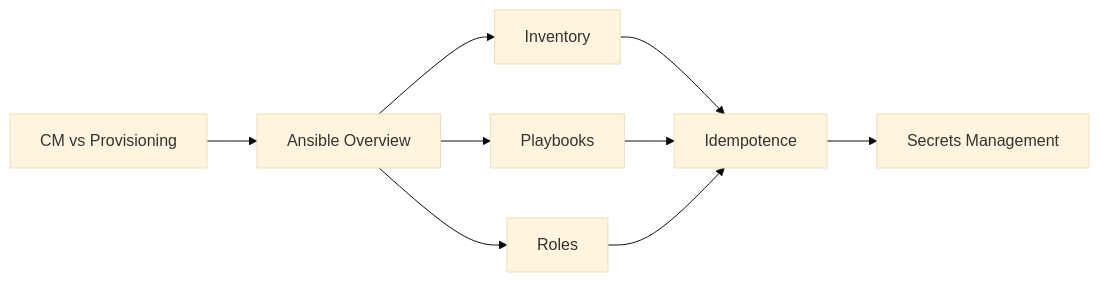
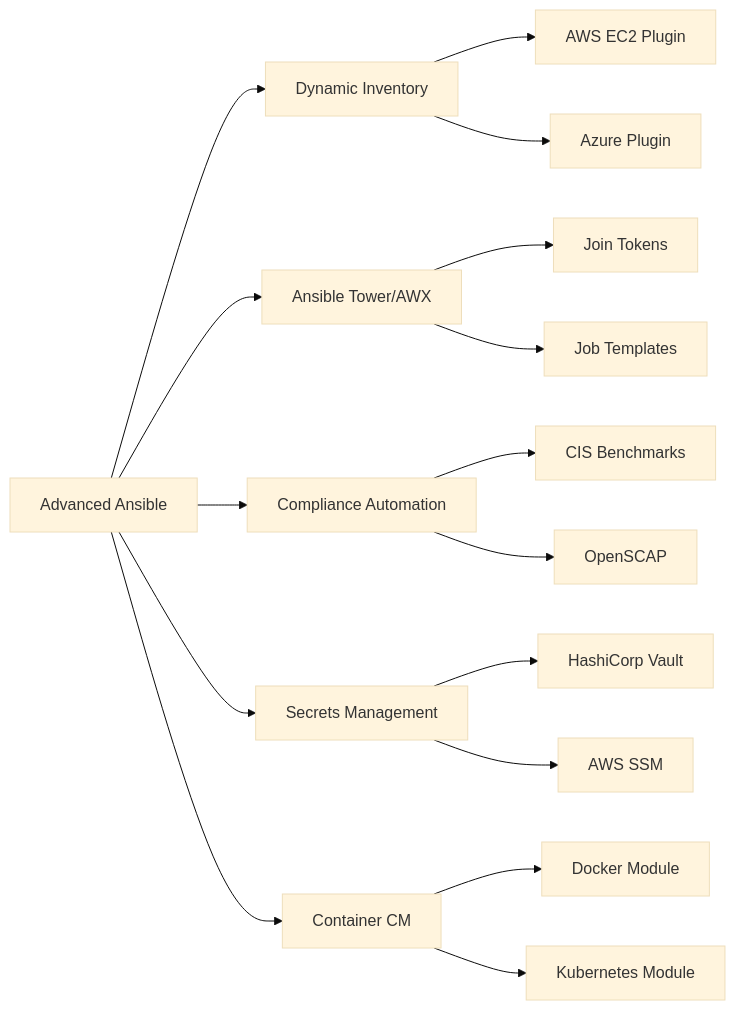
The diagram in docs/courses/devops/10-configuration-mgmt.md (Raushan666java/ai-engineering-journey), drawn with Mermaid (base theme) before and after one commit. The commit also changed other lines of this file and 62 other files, not shown here.

````diff
--- a/docs/courses/devops/10-configuration-mgmt.md
+++ b/docs/courses/devops/10-configuration-mgmt.md
@@ -30,9 +34,18 @@
 ```mermaid
 flowchart LR
-    A[CM vs Provisioning] --> B[Ansible Overview]
-    B --> C[Inventory]
-    B --> D[Playbooks]
-    B --> E[Roles]
-    C & D & E --> F[Idempotence]
-    F --> G[Secrets Management]
+    A[Advanced Ansible] --> B[Dynamic Inventory]
+    A --> C[Ansible Tower/AWX]
+    A --> D[Compliance Automation]
+    A --> E[Secrets Management]
+    A --> F[Container CM]
+    B --> G[AWS EC2 Plugin]
+    B --> H[Azure Plugin]
+    C --> I[Join Tokens]
+    C --> J[Job Templates]
+    D --> K[CIS Benchmarks]
+    D --> L[OpenSCAP]
+    E --> M[HashiCorp Vault]
+    E --> N[AWS SSM]
+    F --> O[Docker Module]
+    F --> P[Kubernetes Module]
 ```
````
